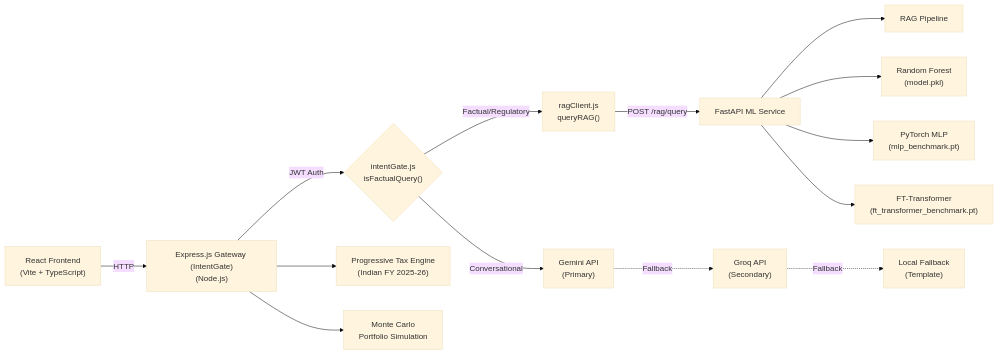
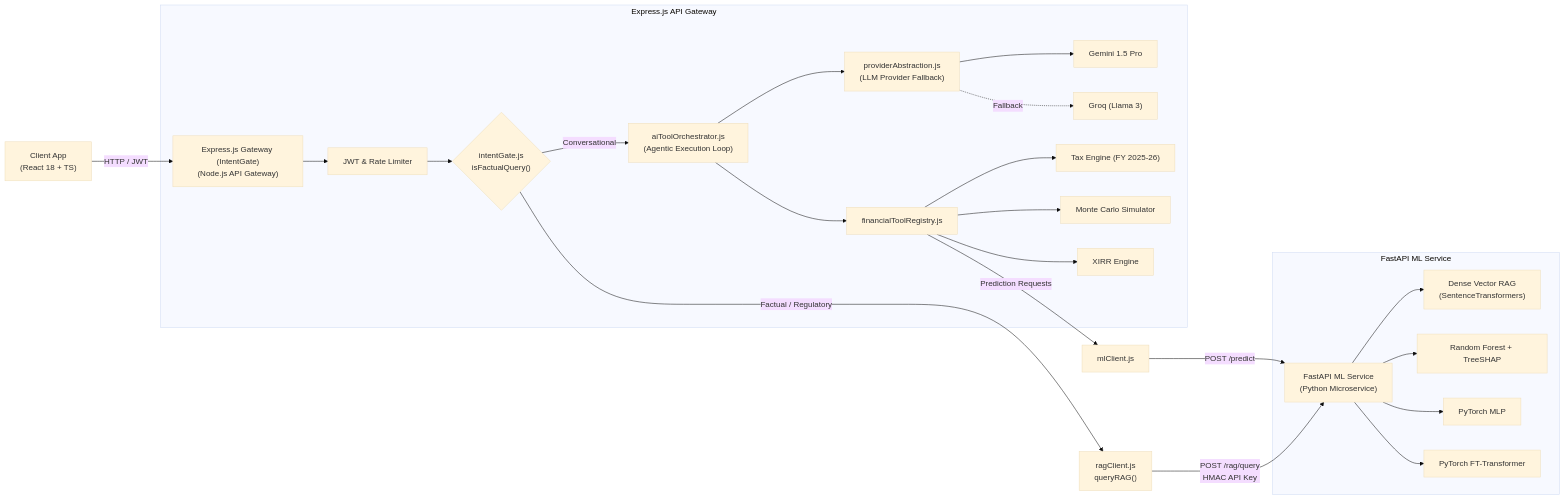
One commit to yashaskn8/WealthGenie-AI-Powered-Financial-Advisory-Platform changed the diagram in README.md. Above: the diagram before and after it, drawn with Mermaid (base theme). The commit also changed other lines of this file, not shown here.

Commit message:
docs: rewrite README to highlight SDE, AI/ML, and Agentic AI capabilities

````diff
--- a/README.md
+++ b/README.md
@@ -22,16 +131,31 @@
 ```mermaid
 graph LR
-    React["React Frontend<br/>(Vite + TypeScript)"] -->|HTTP| Express["Express.js Gateway (IntentGate)<br/>(Node.js)"]
-    Express -->|JWT Auth| IntentGate{"intentGate.js<br/>isFactualQuery()"}
-    IntentGate -->|Factual/Regulatory| RAGClient["ragClient.js<br/>queryRAG()"]
-    IntentGate -->|Conversational| Gemini["Gemini API<br/>(Primary)"]
-    Gemini -.->|Fallback| Groq["Groq API<br/>(Secondary)"]
-    Groq -.->|Fallback| LocalFallback["Local Fallback<br/>(Template)"]
-    RAGClient -->|POST /rag/query| FastAPI["FastAPI ML Service"]
-    FastAPI --> RAGPipeline["RAG Pipeline"]
-    FastAPI --> RFModel["Random Forest<br/>(model.pkl)"]
-    FastAPI --> MLPModel["PyTorch MLP<br/>(mlp_benchmark.pt)"]
-    FastAPI --> FTT["FT-Transformer<br/>(ft_transformer_benchmark.pt)"]
-    Express --> TaxEngine["Progressive Tax Engine<br/>(Indian FY 2025-26)"]
-    Express --> MonteCarloEngine["Monte Carlo<br/>Portfolio Simulation"]
+    User["Client App<br/>(React 18 + TS)"] -->|HTTP / JWT| Express["Express.js Gateway (IntentGate)<br/>(Node.js API Gateway)"]
+    
+    subgraph ExpressGateway ["Express.js API Gateway"]
+        Express --> AuthMW["JWT & Rate Limiter"]
+        AuthMW --> IntentGate{"intentGate.js<br/>isFactualQuery()"}
+        
+        IntentGate -->|Conversational| AgentOrch["aiToolOrchestrator.js<br/>(Agentic Execution Loop)"]
+        AgentOrch --> ProviderMgr["providerAbstraction.js<br/>(LLM Provider Fallback)"]
+        ProviderMgr --> Gemini["Gemini 1.5 Pro"]
+        ProviderMgr -.->|Fallback| Groq["Groq (Llama 3)"]
+        
+        AgentOrch --> ToolReg["financialToolRegistry.js"]
+        ToolReg --> TaxEngine["Tax Engine (FY 2025-26)"]
+        ToolReg --> MonteCarlo["Monte Carlo Simulator"]
+        ToolReg --> XIRR["XIRR Engine"]
+    end
+    
+    IntentGate -->|Factual / Regulatory| RAGClient["ragClient.js<br/>queryRAG()"]
+    RAGClient -->|POST /rag/query<br/>HMAC API Key| FastAPI["FastAPI ML Service<br/>(Python Microservice)"]
+    ToolReg -->|Prediction Requests| MLClient["mlClient.js"]
+    MLClient -->|POST /predict| FastAPI
+    
+    subgraph FastAPI_ML ["FastAPI ML Service"]
+        FastAPI --> RAGSub["Dense Vector RAG<br/>(SentenceTransformers)"]
+        FastAPI --> RFModel["Random Forest + TreeSHAP"]
+        FastAPI --> MLPModel["PyTorch MLP"]
+        FastAPI --> FTTModel["PyTorch FT-Transformer"]
+    end
 ```
````
